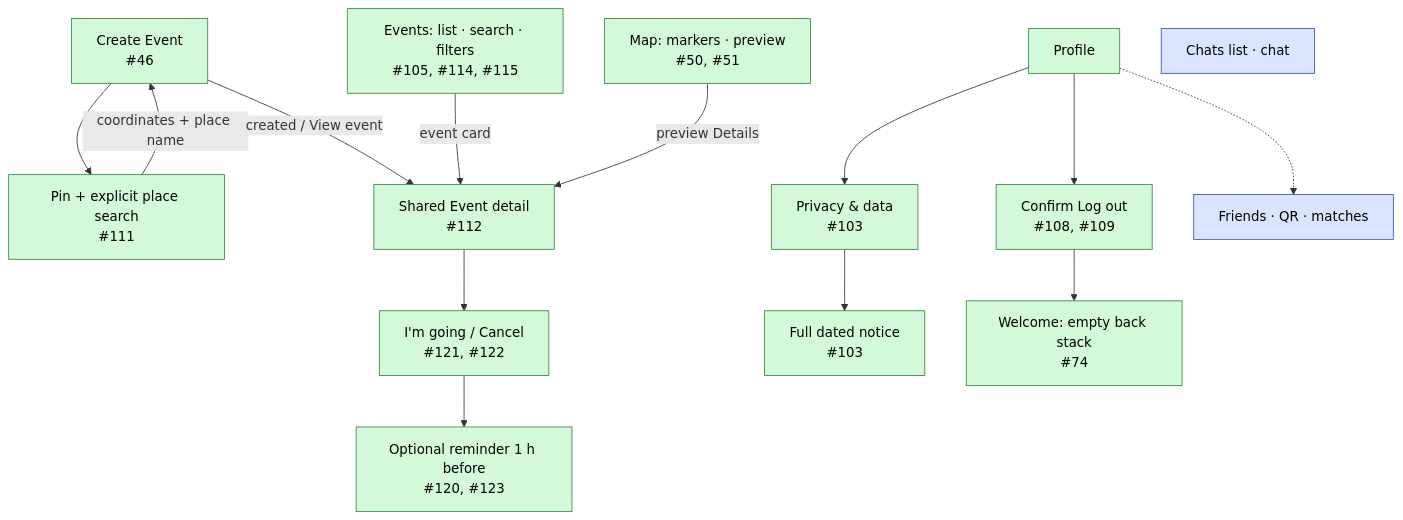
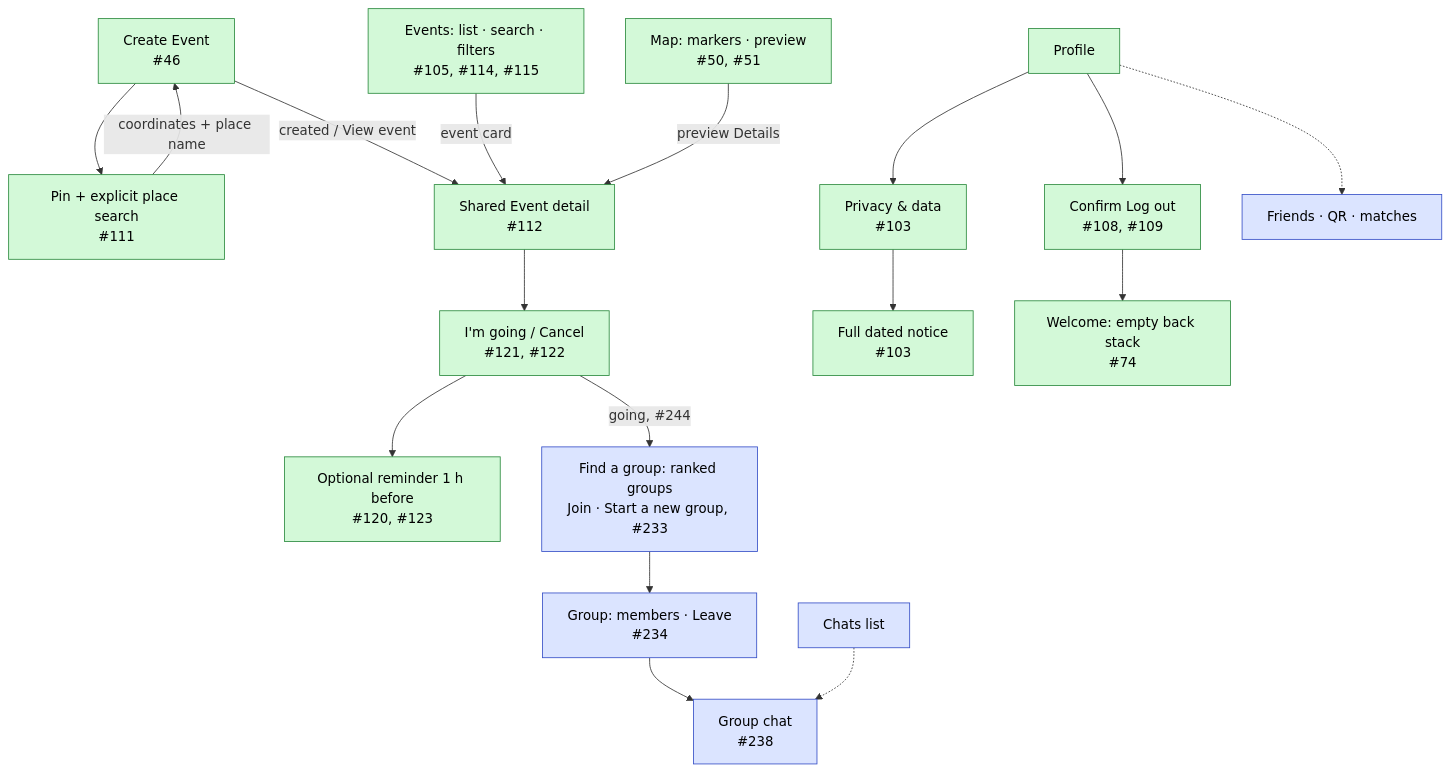
One commit to swent-polysocial/PolySocial changed the second of 12 diagrams in docs/Architecture-Diagram.md. Above: the diagram before and after it, drawn with Mermaid. The commit also changed other lines of this file and 2 other files, not shown here.

First line of the commit message:
docs: record the groups data model

````diff
--- a/docs/Architecture-Diagram.md
+++ b/docs/Architecture-Diagram.md
@@ -75,20 +76,23 @@
 ```mermaid
 flowchart TB
   classDef s1 fill:#d3f9d8,stroke:#2b8a3e,color:#000
   classDef pb fill:#dbe4ff,stroke:#364fc7,color:#000
   events["Events: list · search · filters<br/>#105, #114, #115"]:::s1
   map["Map: markers · preview<br/>#50, #51"]:::s1
   create["Create Event<br/>#46"]:::s1 --> picker["Pin + explicit place search<br/>#111"]:::s1
   picker -- "coordinates + place name" --> create
   create -- "created / View event" --> detail["Shared Event detail<br/>#112"]:::s1
   events -- "event card" --> detail
   map -- "preview Details" --> detail
   detail --> attend["I'm going / Cancel<br/>#121, #122"]:::s1
   attend --> remind["Optional reminder 1 h before<br/>#120, #123"]:::s1
   profile["Profile"]:::s1 --> privacy["Privacy & data<br/>#103"]:::s1
   privacy --> notice["Full dated notice<br/>#103"]:::s1
   profile --> logout["Confirm Log out<br/>#108, #109"]:::s1
   logout --> welcome["Welcome: empty back stack<br/>#74"]:::s1
+  attend -- "going, #244" --> findg["Find a group: ranked groups<br/>Join · Start a new group, #233"]:::pb
+  findg --> groupS["Group: members · Leave<br/>#234"]:::pb
+  groupS --> chat["Group chat<br/>#238"]:::pb
   profile -.-> friends["Friends · QR · matches"]:::pb
-  chats["Chats list · chat"]:::pb
+  chats["Chats list"]:::pb -.-> chat
 ```
````
